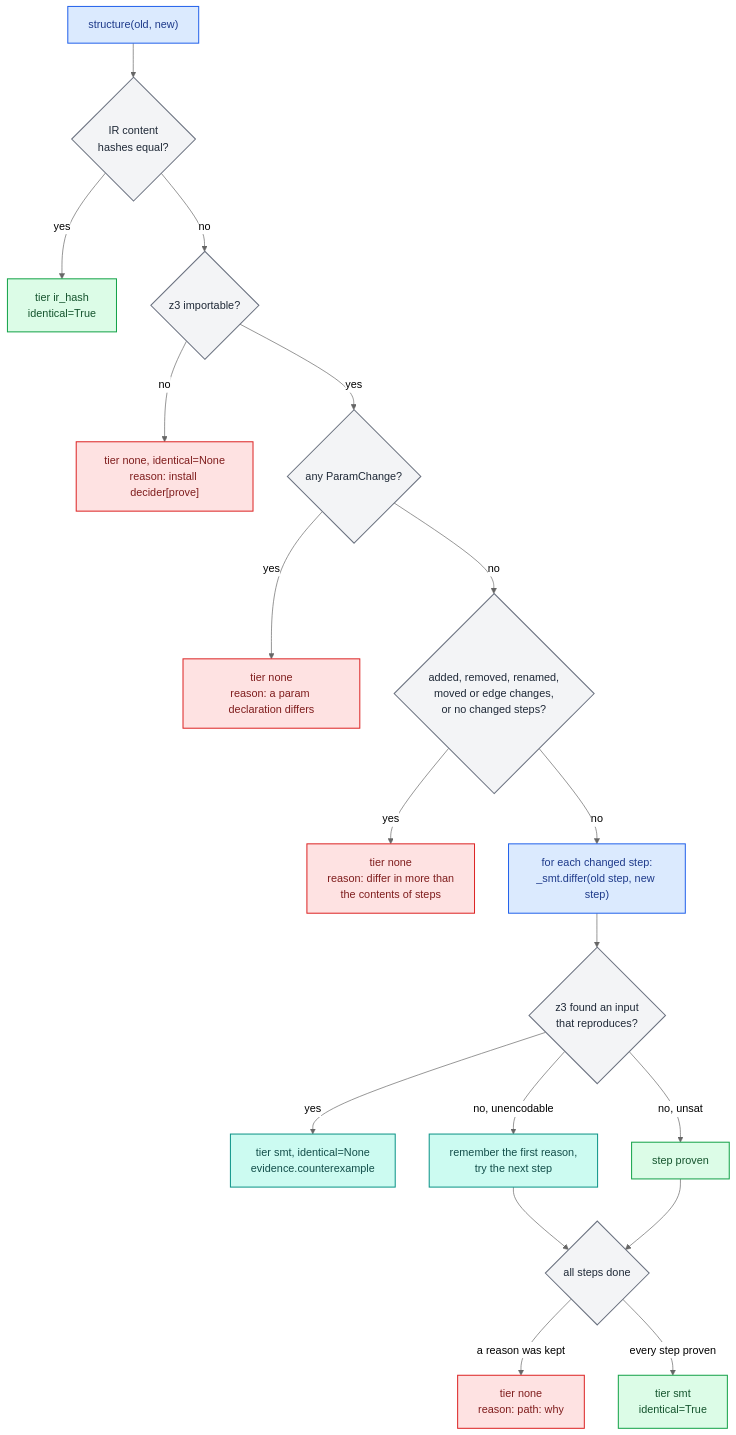
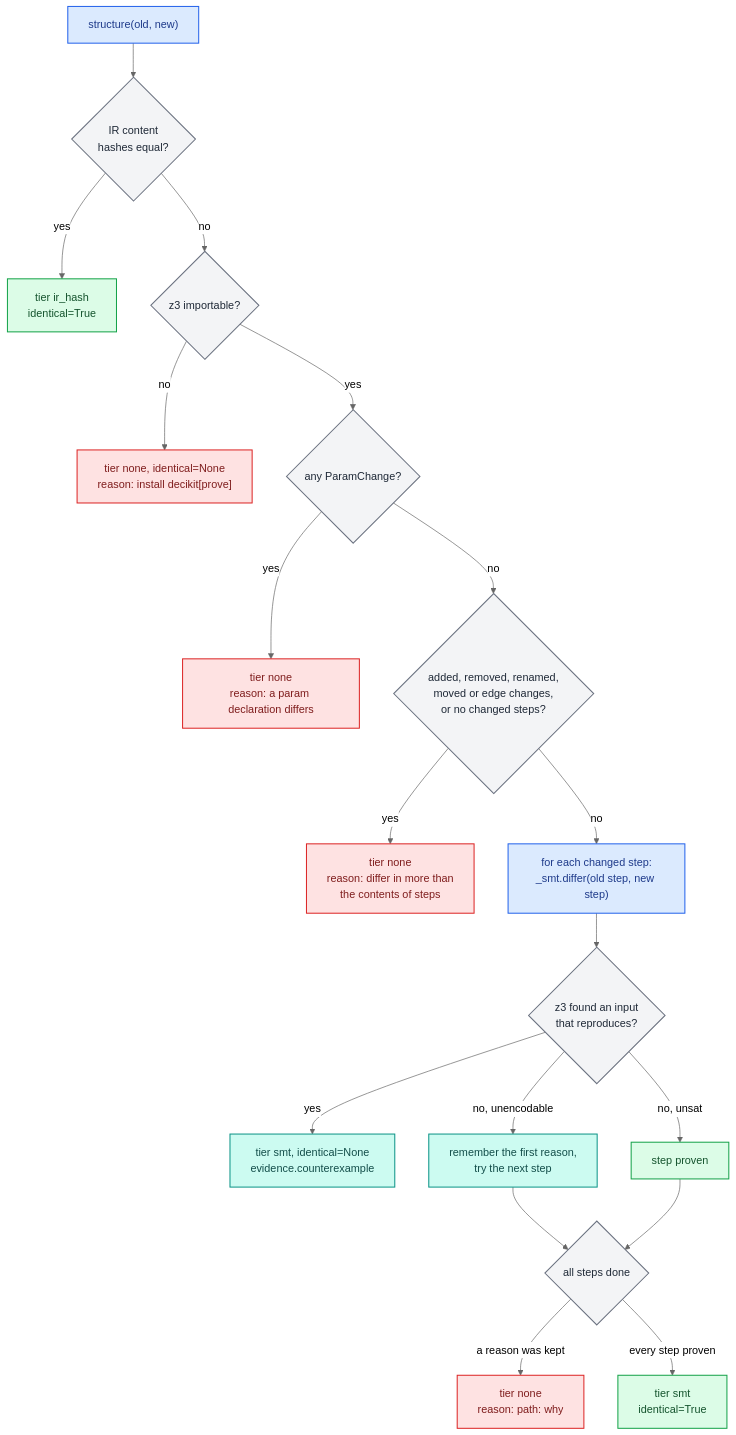
Before and after one commit to capitec/dsp-decision-engine: the second of 3 diagrams in docs/architecture/lab/diff.md, drawn with Mermaid (neutral theme). The commit also changed other lines of this file and 1292 other files, not shown here.

Commit message:
rename decider to decikit: package, CLI, DECIKIT_* settings, plugin, extension, docs prose says decider toolkit

````diff
--- a/docs/architecture/lab/diff.md
+++ b/docs/architecture/lab/diff.md
@@ -328,30 +328,30 @@
 ```mermaid
 flowchart TD
     S["structure(old, new)"] --> H{"IR content<br/>hashes equal?"}
     H -- yes --> T1["tier ir_hash<br/>identical=True"]
     H -- no --> Z{"z3 importable?"}
-    Z -- no --> N1["tier none, identical=None<br/>reason: install decider[prove]"]
+    Z -- no --> N1["tier none, identical=None<br/>reason: install decikit[prove]"]
     Z -- yes --> PD{"any ParamChange?"}
     PD -- yes --> N2["tier none<br/>reason: a param declaration differs"]
     PD -- no --> SH{"added, removed, renamed,<br/>moved or edge changes,<br/>or no changed steps?"}
     SH -- yes --> N3["tier none<br/>reason: differ in more than<br/>the contents of steps"]
     SH -- no --> L["for each changed step:<br/>_smt.differ(old step, new step)"]
     L --> CE{"z3 found an input<br/>that reproduces?"}
     CE -- yes --> T2["tier smt, identical=None<br/>evidence.counterexample"]
     CE -- "no, unencodable" --> NX["remember the first reason,<br/>try the next step"]
     CE -- "no, unsat" --> OK["step proven"]
     NX --> END{"all steps done"}
     OK --> END
     END -- "a reason was kept" --> N4["tier none<br/>reason: path: why"]
     END -- "every step proven" --> T3["tier smt<br/>identical=True"]
     classDef ir fill:#dbeafe,stroke:#2563eb,color:#1e3a8a,stroke-width:1.5px;
     classDef engine fill:#ccfbf1,stroke:#0d9488,color:#134e4a,stroke-width:1.5px;
     classDef err fill:#fee2e2,stroke:#dc2626,color:#7f1d1d,stroke-width:1.5px;
     classDef neutral fill:#f3f4f6,stroke:#6b7280,color:#1f2937,stroke-width:1.5px;
     classDef data fill:#dcfce7,stroke:#16a34a,color:#14532d,stroke-width:1.5px;
     class S,L ir;
     class H,Z,PD,SH,CE,END neutral;
     class T1,T3,OK data;
     class T2,NX engine;
     class N1,N2,N3,N4 err;
 ```
````
